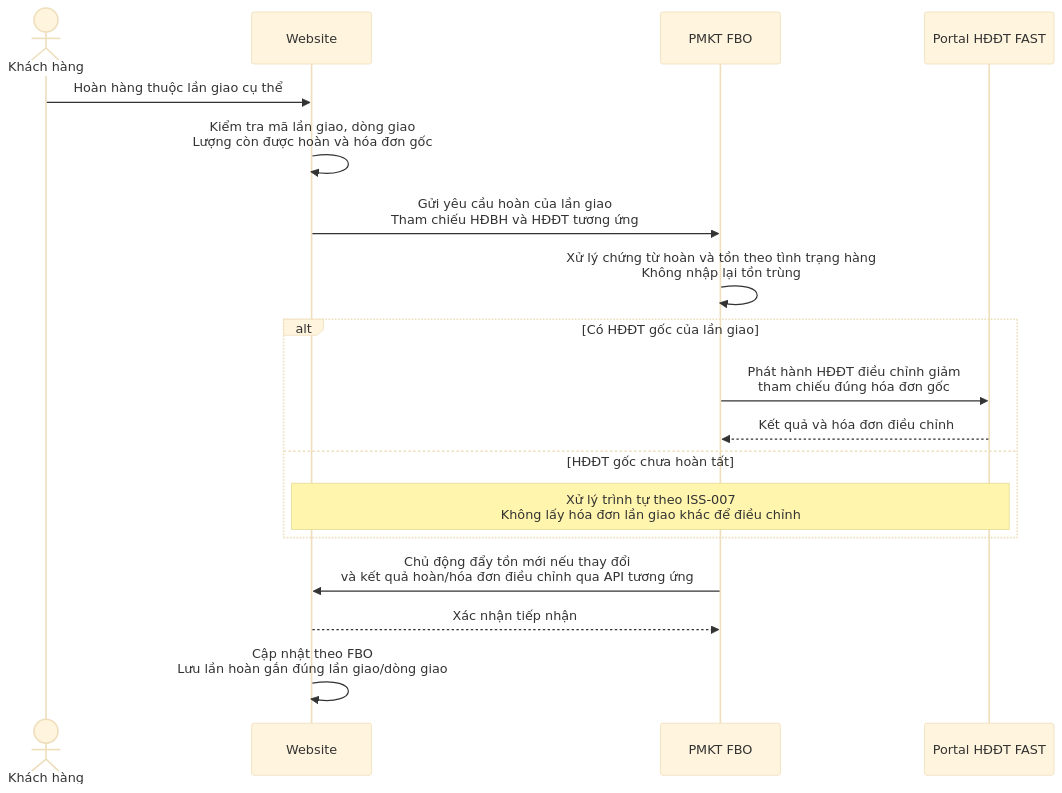
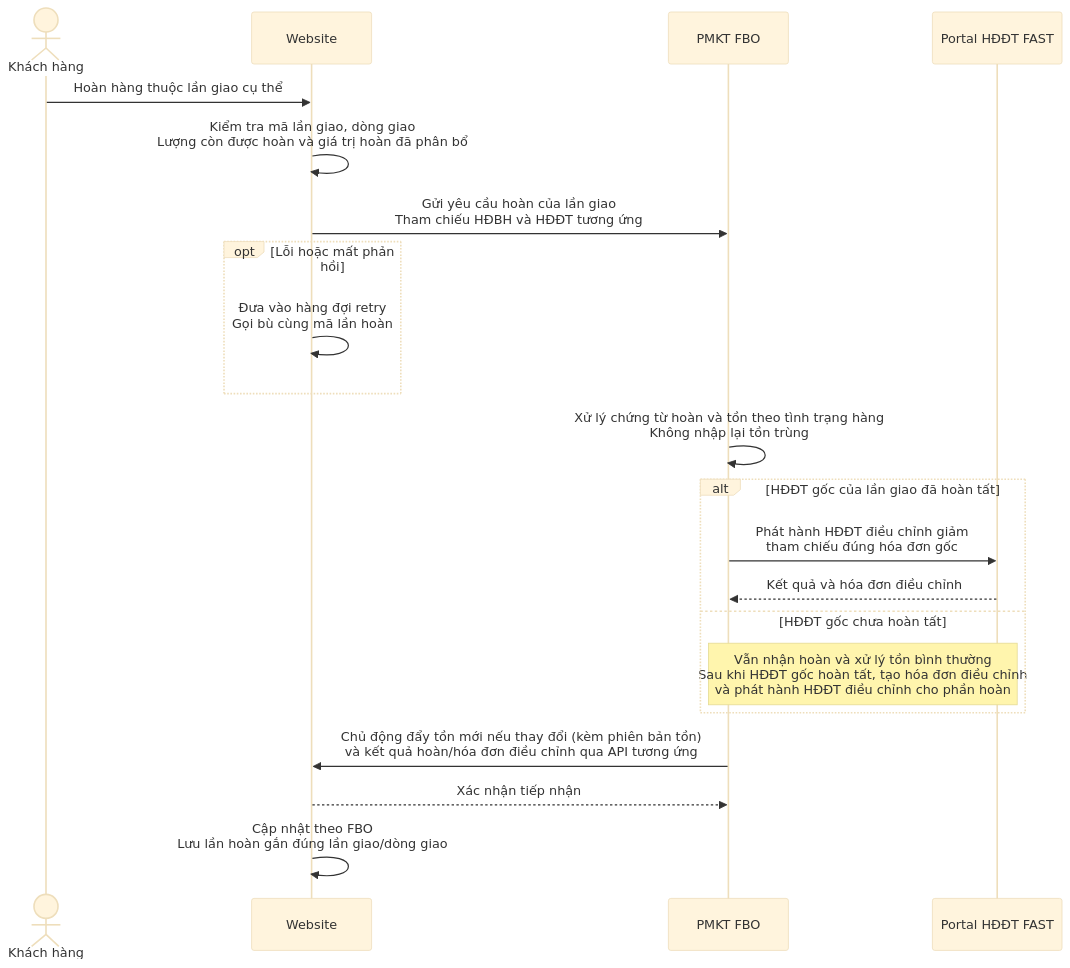
One commit to quangnh0609/PhuongThao changed the fourth of 4 diagrams in BRD.md. Above: the diagram before and after it, drawn with Mermaid (base theme). The commit also changed other lines of this file and 10323 other files, not shown here.

````diff
--- a/BRD.md
+++ b/BRD.md
@@ -204,20 +209,23 @@
 ```mermaid
 sequenceDiagram
     actor KH as Khách hàng
     participant WEB as Website
     participant FBO as PMKT FBO
     participant PORTAL as Portal HĐĐT FAST
     KH->>WEB: Hoàn hàng thuộc lần giao cụ thể
-    WEB->>WEB: Kiểm tra mã lần giao, dòng giao<br/>Lượng còn được hoàn và hóa đơn gốc
+    WEB->>WEB: Kiểm tra mã lần giao, dòng giao<br/>Lượng còn được hoàn và giá trị hoàn đã phân bổ
     WEB->>FBO: Gửi yêu cầu hoàn của lần giao<br/>Tham chiếu HĐBH và HĐĐT tương ứng
+    opt Lỗi hoặc mất phản hồi
+        WEB->>WEB: Đưa vào hàng đợi retry<br/>Gọi bù cùng mã lần hoàn
+    end
     FBO->>FBO: Xử lý chứng từ hoàn và tồn theo tình trạng hàng<br/>Không nhập lại tồn trùng
-    alt Có HĐĐT gốc của lần giao
+    alt HĐĐT gốc của lần giao đã hoàn tất
         FBO->>PORTAL: Phát hành HĐĐT điều chỉnh giảm<br/>tham chiếu đúng hóa đơn gốc
         PORTAL-->>FBO: Kết quả và hóa đơn điều chỉnh
     else HĐĐT gốc chưa hoàn tất
-        Note over WEB,PORTAL: Xử lý trình tự theo ISS-007<br/>Không lấy hóa đơn lần giao khác để điều chỉnh
+        Note over FBO,PORTAL: Vẫn nhận hoàn và xử lý tồn bình thường<br/>Sau khi HĐĐT gốc hoàn tất, tạo hóa đơn điều chỉnh<br/>và phát hành HĐĐT điều chỉnh cho phần hoàn
     end
-    FBO->>WEB: Chủ động đẩy tồn mới nếu thay đổi<br/>và kết quả hoàn/hóa đơn điều chỉnh qua API tương ứng
+    FBO->>WEB: Chủ động đẩy tồn mới nếu thay đổi (kèm phiên bản tồn)<br/>và kết quả hoàn/hóa đơn điều chỉnh qua API tương ứng
     WEB-->>FBO: Xác nhận tiếp nhận
     WEB->>WEB: Cập nhật theo FBO<br/>Lưu lần hoàn gắn đúng lần giao/dòng giao
 ```
````
